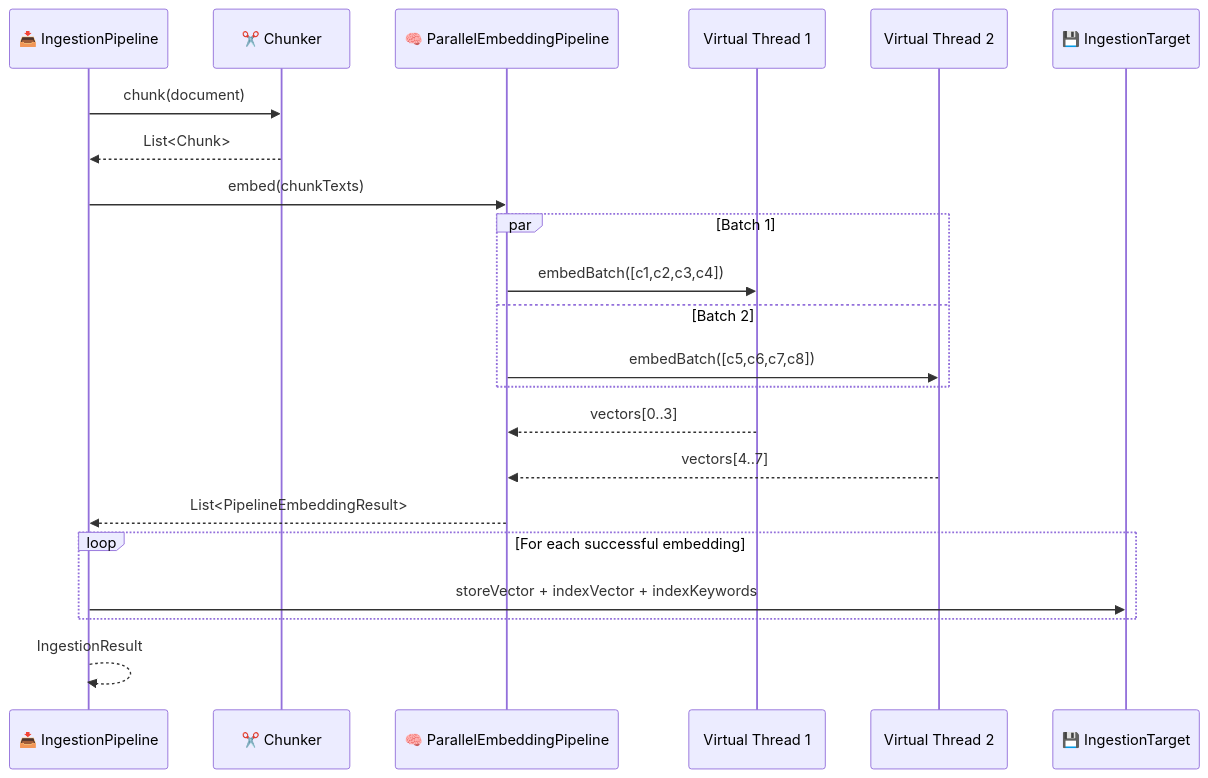
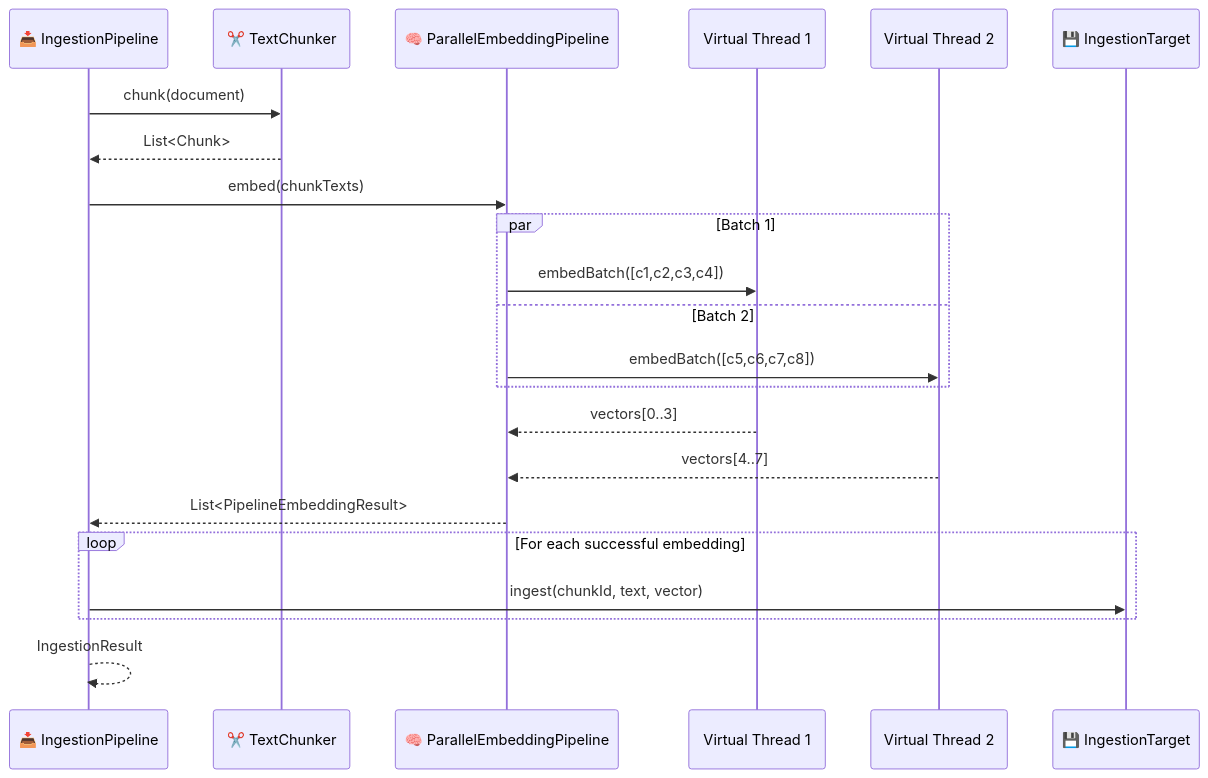
Before and after one commit to spectrayan/spector-search: the second of 2 diagrams in docs/docs/architecture/ingestion-pipeline.md, drawn with Mermaid. The commit also changed other lines of this file and 8 other files, not shown here.

Commit message:
docs: update architecture docs for memory module and ingestion pipeline

````diff
--- a/docs/docs/architecture/ingestion-pipeline.md
+++ b/docs/docs/architecture/ingestion-pipeline.md
@@ -77,25 +115,25 @@
 ```mermaid
 sequenceDiagram
     participant Pipeline as 📥 IngestionPipeline
-    participant Chunker as ✂️ Chunker
+    participant Chunker as ✂️ TextChunker
     participant Embed as 🧠 ParallelEmbeddingPipeline
     participant VT1 as Virtual Thread 1
     participant VT2 as Virtual Thread 2
     participant Target as 💾 IngestionTarget
 
     Pipeline->>Chunker: chunk(document)
     Chunker-->>Pipeline: List<Chunk>
     Pipeline->>Embed: embed(chunkTexts)
     par Batch 1
         Embed->>VT1: embedBatch([c1,c2,c3,c4])
     and Batch 2
         Embed->>VT2: embedBatch([c5,c6,c7,c8])
     end
     VT1-->>Embed: vectors[0..3]
     VT2-->>Embed: vectors[4..7]
     Embed-->>Pipeline: List<PipelineEmbeddingResult>
     loop For each successful embedding
-        Pipeline->>Target: storeVector + indexVector + indexKeywords
+        Pipeline->>Target: ingest(chunkId, text, vector)
     end
     Pipeline-->>Pipeline: IngestionResult
 ```
````
